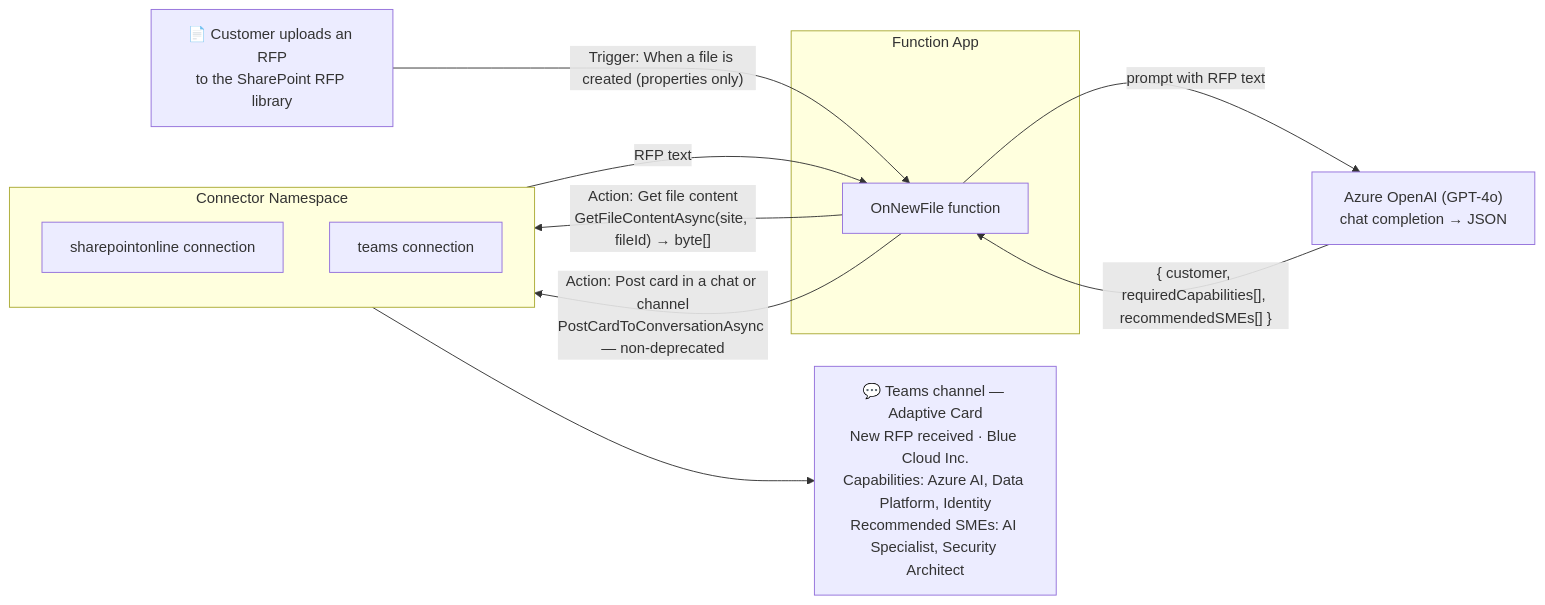
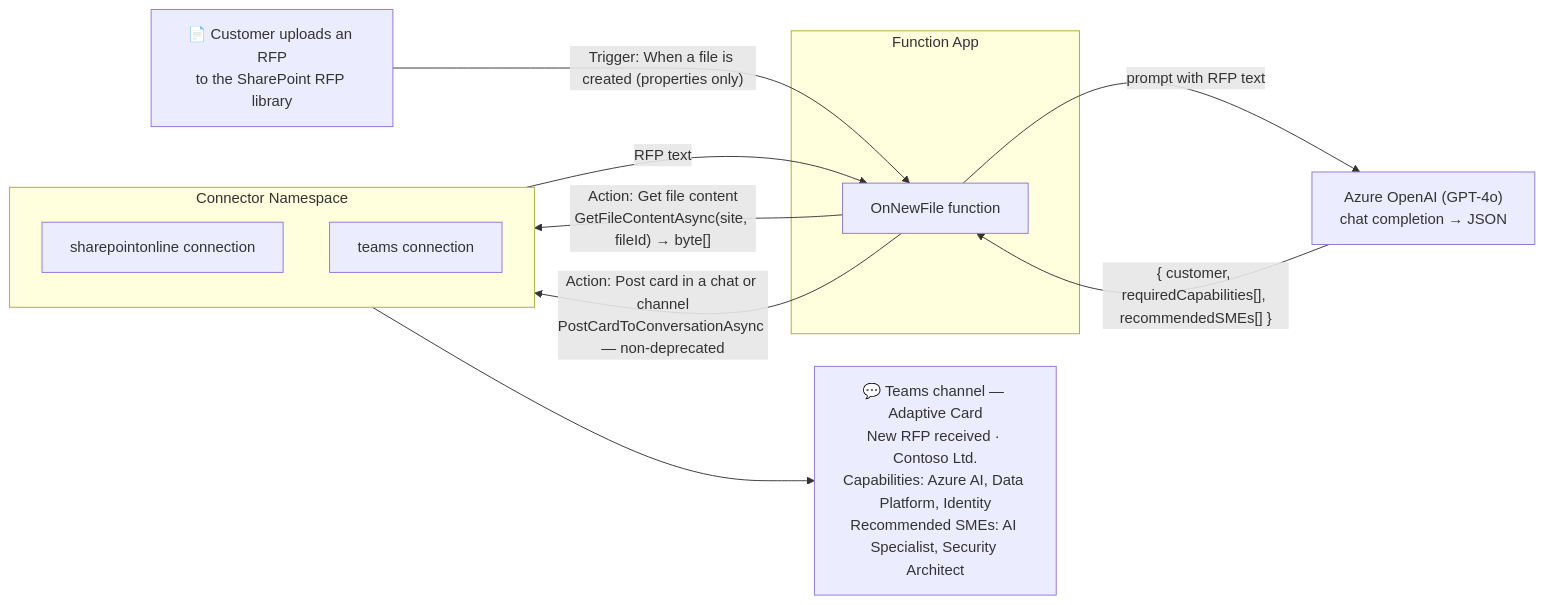
One commit to Azure-Samples/functions-connectors-net-rfp-intake-sharepoint-teams changed the first of 2 diagrams in README.md. Above: the diagram before and after it, drawn with Mermaid. The commit also changed other lines of this file and 1 other file, not shown here.

First line of the commit message:
docs: replace sample company with Contoso

````diff
--- a/README.md
+++ b/README.md
@@ -16,22 +16,22 @@
 ```mermaid
 flowchart LR
     A["📄 Customer uploads an RFP<br/>to the SharePoint RFP library"]
     A -->|"Trigger: When a file is created (properties only)"| B
 
     subgraph FA["Function App"]
       B["OnNewFile function"]
     end
 
     subgraph CN["Connector Namespace"]
       direction TB
       SP["sharepointonline connection"]
       TM["teams connection"]
     end
 
     B -->|"Action: Get file content<br/>GetFileContentAsync(site, fileId) → byte[]"| SP
     SP -->|"RFP text"| B
     B -->|"prompt with RFP text"| C["Azure OpenAI (GPT-4o)<br/>chat completion → JSON"]
     C -->|"{ customer, requiredCapabilities[], recommendedSMEs[] }"| B
     B -->|"Action: Post card in a chat or channel<br/>PostCardToConversationAsync — non-deprecated"| TM
-    TM --> E["💬 Teams channel — Adaptive Card<br/>New RFP received · Blue Cloud Inc.<br/>Capabilities: Azure AI, Data Platform, Identity<br/>Recommended SMEs: AI Specialist, Security Architect"]
+    TM --> E["💬 Teams channel — Adaptive Card<br/>New RFP received · Contoso Ltd.<br/>Capabilities: Azure AI, Data Platform, Identity<br/>Recommended SMEs: AI Specialist, Security Architect"]
 ```
````
